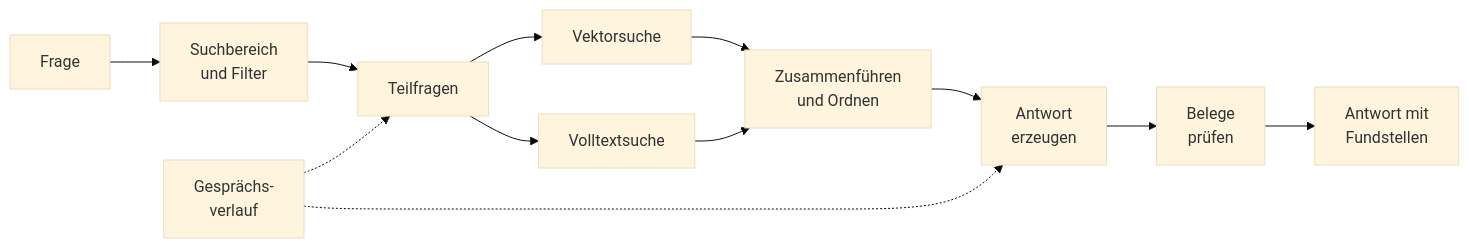
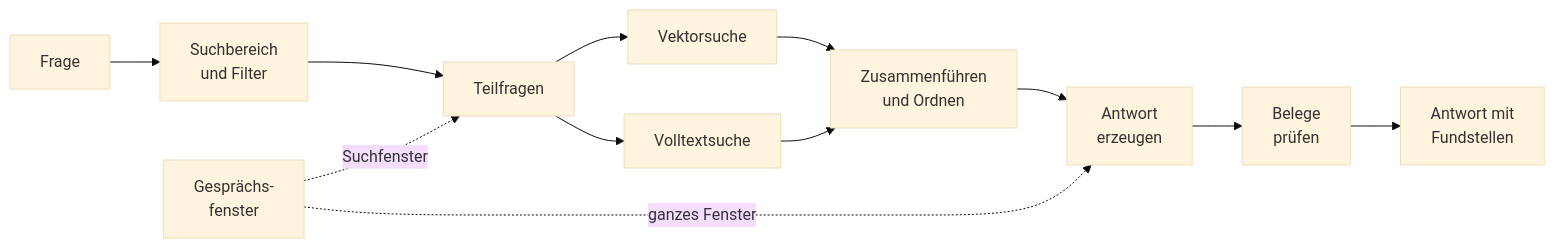
Before and after one commit to criew/opaa: the first of 4 diagrams in docs/handbuch/suche.md, drawn with Mermaid (base theme). The commit also changed other lines of this file and 58 other files, not shown here.

````diff
--- a/docs/handbuch/suche.md
+++ b/docs/handbuch/suche.md
@@ -16,14 +16,14 @@
 ```mermaid
 flowchart LR
     F[Frage] --> S[Suchbereich<br/>und Filter]
     S --> T[Teilfragen]
-    H[Gesprächs-<br/>verlauf] -.-> T
-    H -.-> A
+    H[Gesprächs-<br/>fenster] -.-> |Suchfenster| T
+    H -.-> |ganzes Fenster| A
     T --> V[Vektorsuche]
     T --> L[Volltextsuche]
     V --> Z[Zusammenführen<br/>und Ordnen]
     L --> Z
     Z --> A[Antwort<br/>erzeugen]
     A --> B[Belege<br/>prüfen]
     B --> E[Antwort mit<br/>Fundstellen]
 ```
````
